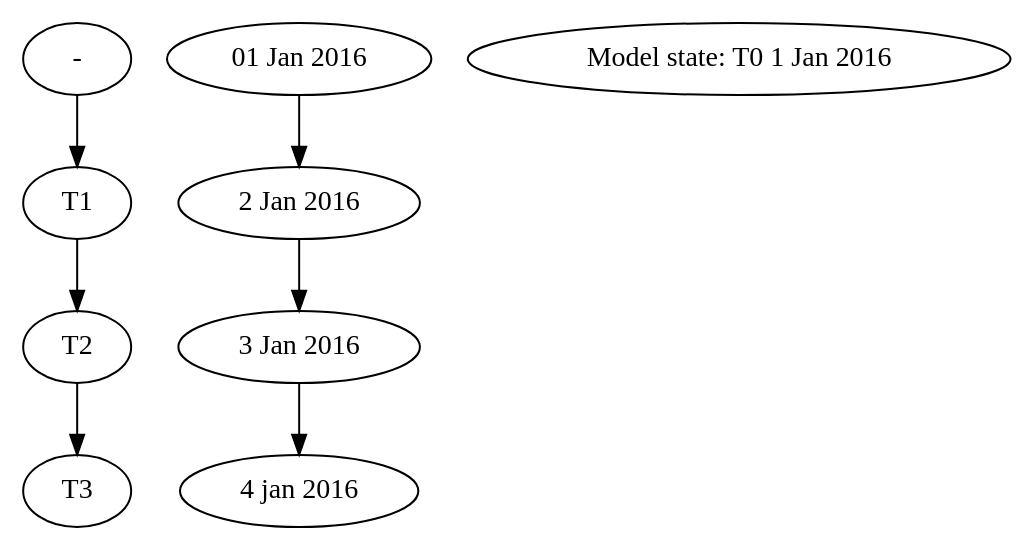
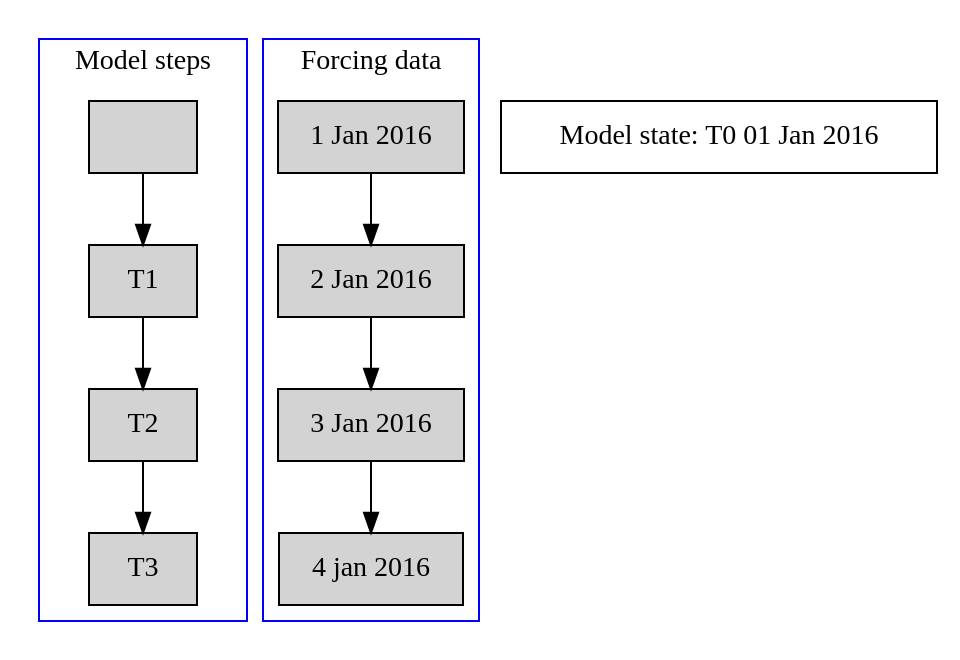
The second of 2 diagrams in doc/wf_DynamicFramework.rst (openstreams/wflow), drawn with Graphviz before and after one commit. The commit also changed other lines of this file, not shown here.

```diff
--- a/doc/wf_DynamicFramework.rst
+++ b/doc/wf_DynamicFramework.rst
@@ -281,7 +321,24 @@
 .. graphviz::
 
-    digraph ttimesteps {
-        "- " -> "T1" -> "T2" -> "T3";
-        "01 Jan 2016" ->"2 Jan 2016" -> "3 Jan 2016" -> "4 jan 2016";
-        "Model state: T0 1 Jan 2016";
+    digraph G {
+        node [shape=box]
+
+        subgraph cluster_1 {
+	    	node [style=filled];
+		    " "  -> T1 -> T2 -> T3;
+		    label = "Model steps";
+		    color=blue
+	    }
+
+        subgraph cluster_2 {
+	    	node [style=filled];
+		    "1 Jan 2016" -> "2 Jan 2016" -> "3 Jan 2016" -> "4 jan 2016";
+		    label = "Forcing data";
+		    color=blue
+	    }
+
+
+        "Model state: T0 01 Jan 2016";
+
+
     }
```
